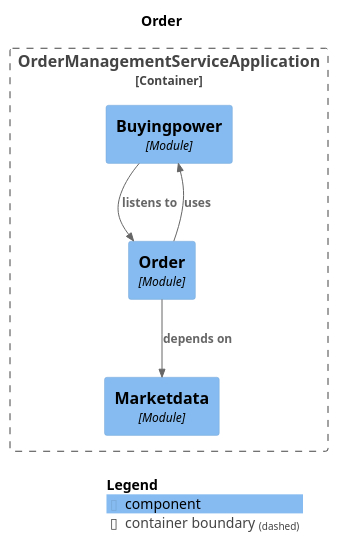
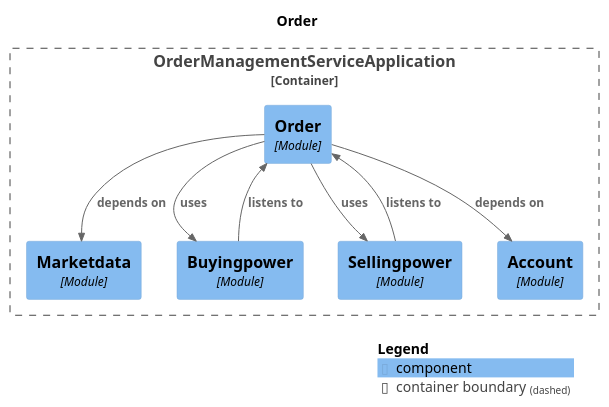
One commit to NosearY/order-management-service-reference-implementation changed the diagram in spring-modulith-docs/module-order.puml. Above: the diagram before and after it, drawn with PlantUML. The commit also changed 46 other files, not shown here.

```diff
--- a/spring-modulith-docs/module-order.puml
+++ b/spring-modulith-docs/module-order.puml
@@ -1,22 +1,27 @@
 @startuml
 set separator none
 title Order
 
 top to bottom direction
 
 !include <C4/C4>
 !include <C4/C4_Context>
 !include <C4/C4_Component>
 
 Container_Boundary("OrderManagementServiceApplication.OrderManagementServiceApplication_boundary", "OrderManagementServiceApplication", $tags="") {
+  Component(OrderManagementServiceApplication.OrderManagementServiceApplication.Order, "Order", $techn="Module", $descr="", $tags="", $link="")
   Component(OrderManagementServiceApplication.OrderManagementServiceApplication.Buyingpower, "Buyingpower", $techn="Module", $descr="", $tags="", $link="")
+  Component(OrderManagementServiceApplication.OrderManagementServiceApplication.Sellingpower, "Sellingpower", $techn="Module", $descr="", $tags="", $link="")
   Component(OrderManagementServiceApplication.OrderManagementServiceApplication.Marketdata, "Marketdata", $techn="Module", $descr="", $tags="", $link="")
-  Component(OrderManagementServiceApplication.OrderManagementServiceApplication.Order, "Order", $techn="Module", $descr="", $tags="", $link="")
+  Component(OrderManagementServiceApplication.OrderManagementServiceApplication.Account, "Account", $techn="Module", $descr="", $tags="", $link="")
 }
 
-Rel(OrderManagementServiceApplication.OrderManagementServiceApplication.Buyingpower, OrderManagementServiceApplication.OrderManagementServiceApplication.Order, "listens to", $techn="", $tags="", $link="")
+Rel(OrderManagementServiceApplication.OrderManagementServiceApplication.Sellingpower, OrderManagementServiceApplication.OrderManagementServiceApplication.Order, "listens to", $techn="", $tags="", $link="")
+Rel(OrderManagementServiceApplication.OrderManagementServiceApplication.Order, OrderManagementServiceApplication.OrderManagementServiceApplication.Account, "depends on", $techn="", $tags="", $link="")
 Rel(OrderManagementServiceApplication.OrderManagementServiceApplication.Order, OrderManagementServiceApplication.OrderManagementServiceApplication.Marketdata, "depends on", $techn="", $tags="", $link="")
 Rel(OrderManagementServiceApplication.OrderManagementServiceApplication.Order, OrderManagementServiceApplication.OrderManagementServiceApplication.Buyingpower, "uses", $techn="", $tags="", $link="")
+Rel(OrderManagementServiceApplication.OrderManagementServiceApplication.Order, OrderManagementServiceApplication.OrderManagementServiceApplication.Sellingpower, "uses", $techn="", $tags="", $link="")
+Rel(OrderManagementServiceApplication.OrderManagementServiceApplication.Buyingpower, OrderManagementServiceApplication.OrderManagementServiceApplication.Order, "listens to", $techn="", $tags="", $link="")
 
 SHOW_LEGEND(true)
 @enduml
```
